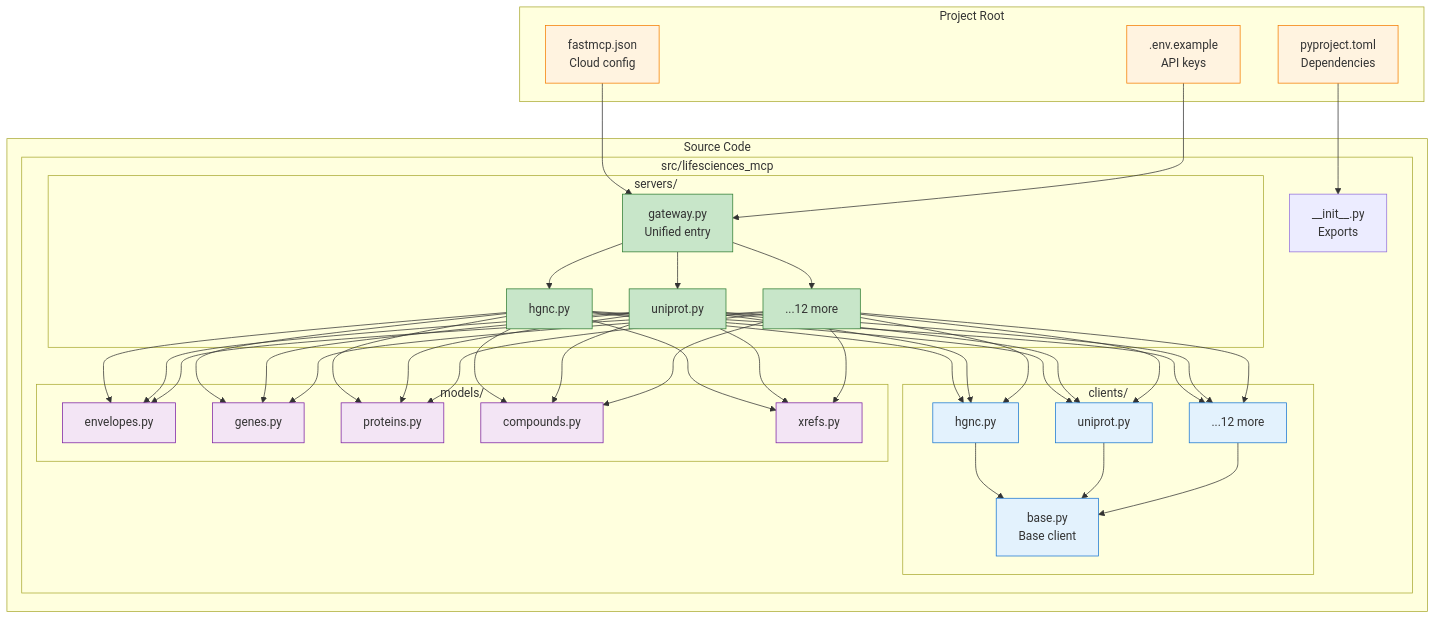
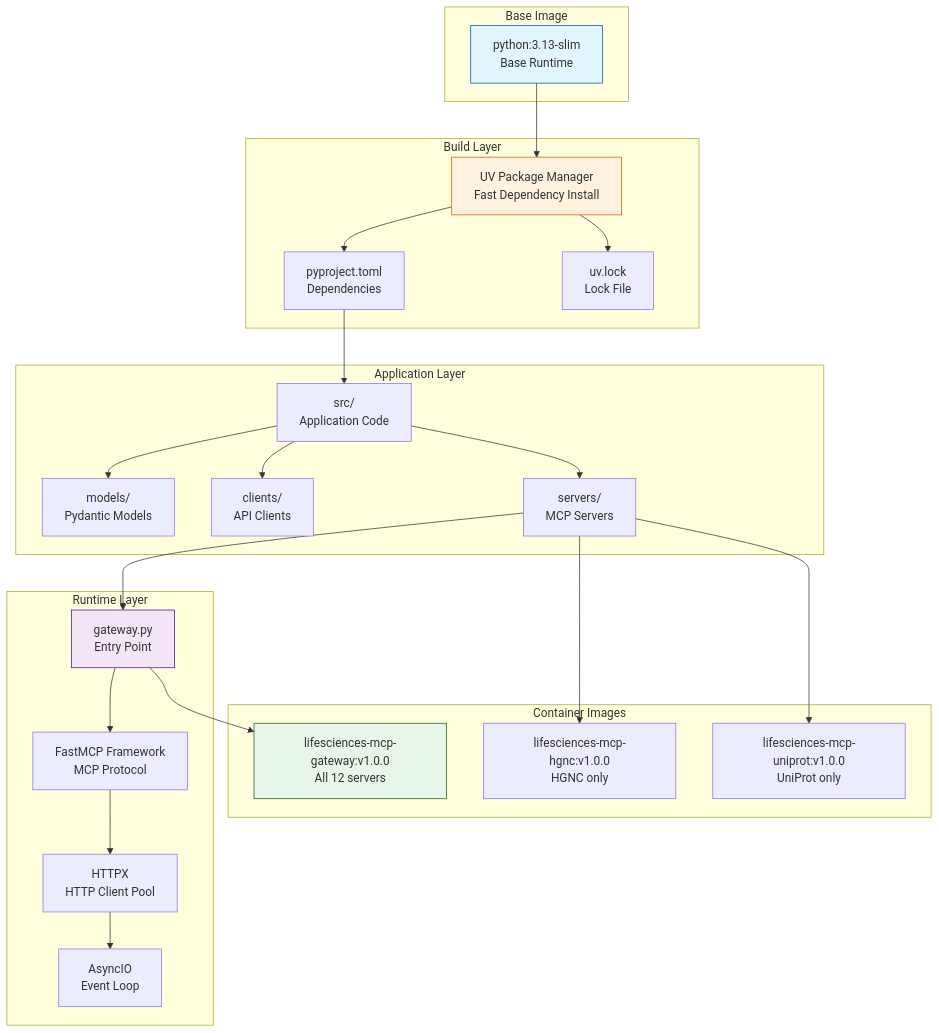
Before and after one commit to donbr/lifesciences-research: the fourth of 11 diagrams in architecture/diagrams/06_deployment_architecture.md, drawn with Mermaid. The commit also changed other lines of this file and 8 other files, not shown here.

````diff
--- a/architecture/diagrams/06_deployment_architecture.md
+++ b/architecture/diagrams/06_deployment_architecture.md
@@ -401,54 +376,55 @@
 ```mermaid
 graph TB
-    subgraph "Project Root"
-        PY[pyproject.toml<br/>Dependencies]
-        FM[fastmcp.json<br/>Cloud config]
-        ENV[.env.example<br/>API keys]
+    subgraph "Base Image"
+        Python[python:3.13-slim<br/>Base Runtime]
     end
 
-    subgraph "Source Code"
-        subgraph "src/lifesciences_mcp"
-            INIT[__init__.py<br/>Exports]
-
-            subgraph "servers/"
-                GW[gateway.py<br/>Unified entry]
-                S1[hgnc.py]
-                S2[uniprot.py]
-                S3[...12 more]
-            end
-
-            subgraph "clients/"
-                CB[base.py<br/>Base client]
-                C1[hgnc.py]
-                C2[uniprot.py]
-                C3[...12 more]
-            end
-
-            subgraph "models/"
-                M1[envelopes.py]
-                M2[genes.py]
-                M3[proteins.py]
-                M4[compounds.py]
-                M5[xrefs.py]
-            end
-        end
+    subgraph "Build Layer"
+        UV[UV Package Manager<br/>Fast Dependency Install]
+        PyProject[pyproject.toml<br/>Dependencies]
+        UVLock[uv.lock<br/>Lock File]
     end
 
-    PY --> INIT
-    FM --> GW
-    ENV --> GW
-    GW --> S1 & S2 & S3
-    S1 & S2 & S3 --> C1 & C2 & C3
-    C1 & C2 & C3 --> CB
-    S1 & S2 & S3 --> M1 & M2 & M3 & M4 & M5
+    subgraph "Application Layer"
+        Source[src/<br/>Application Code]
+        Models[models/<br/>Pydantic Models]
+        Clients[clients/<br/>API Clients]
+        Servers[servers/<br/>MCP Servers]
+    end
 
-    classDef config fill:#fff3e0,stroke:#f57c00
-    classDef server fill:#c8e6c9,stroke:#2e7d32
-    classDef client fill:#e3f2fd,stroke:#1976d2
-    classDef model fill:#f3e5f5,stroke:#7b1fa2
+    subgraph "Runtime Layer"
+        Gateway[gateway.py<br/>Entry Point]
+        FastMCP[FastMCP Framework<br/>MCP Protocol]
+        HTTPX[HTTPX<br/>HTTP Client Pool]
+        AsyncIO[AsyncIO<br/>Event Loop]
+    end
 
-    class PY,FM,ENV config
-    class GW,S1,S2,S3 server
-    class CB,C1,C2,C3 client
-    class M1,M2,M3,M4,M5 model
+    subgraph "Container Images"
+        GatewayImage[lifesciences-mcp-gateway:v1.0.0<br/>All 12 servers]
+        HGNCImage[lifesciences-mcp-hgnc:v1.0.0<br/>HGNC only]
+        UniProtImage[lifesciences-mcp-uniprot:v1.0.0<br/>UniProt only]
+    end
+
+    Python --> UV
+    UV --> PyProject
+    UV --> UVLock
+
+    PyProject --> Source
+    Source --> Models
+    Source --> Clients
+    Source --> Servers
+
+    Servers --> Gateway
+    Gateway --> FastMCP
+    FastMCP --> HTTPX
+    HTTPX --> AsyncIO
+
+    Gateway --> GatewayImage
+    Servers --> HGNCImage
+    Servers --> UniProtImage
+
+    style Python fill:#e1f5fe,stroke:#01579b
+    style UV fill:#fff3e0,stroke:#e65100
+    style Gateway fill:#f3e5f5,stroke:#4a148c
+    style GatewayImage fill:#e8f5e9,stroke:#1b5e20
 ```
````
